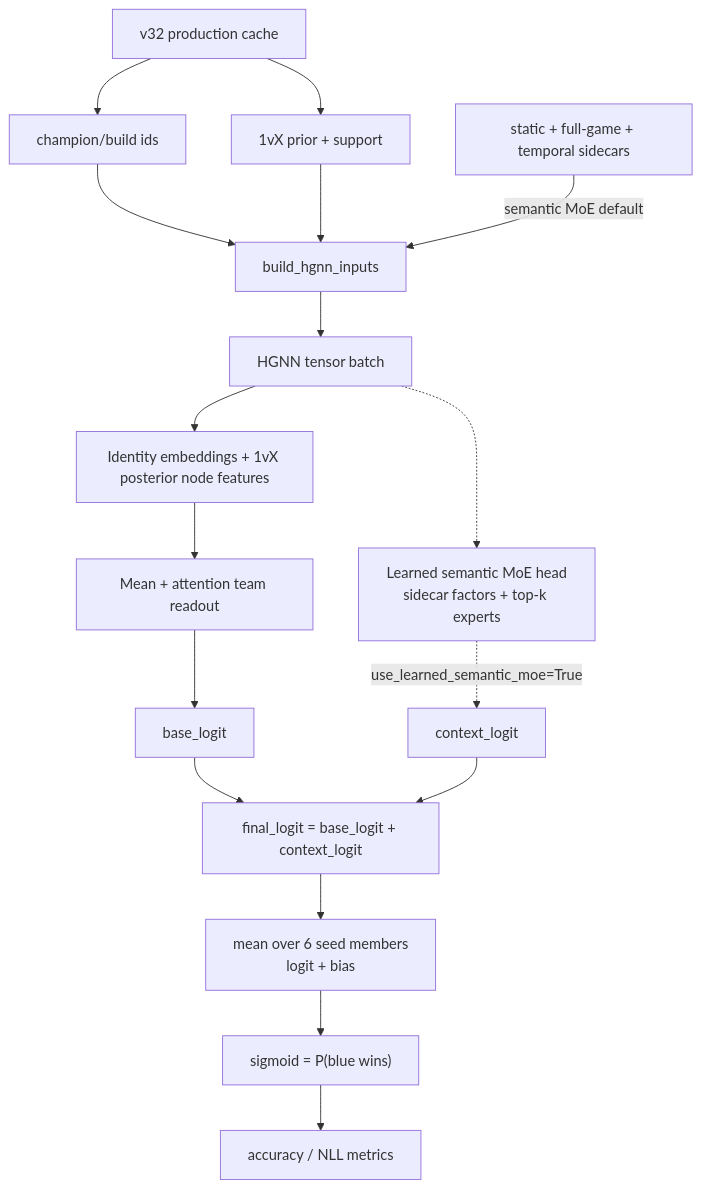
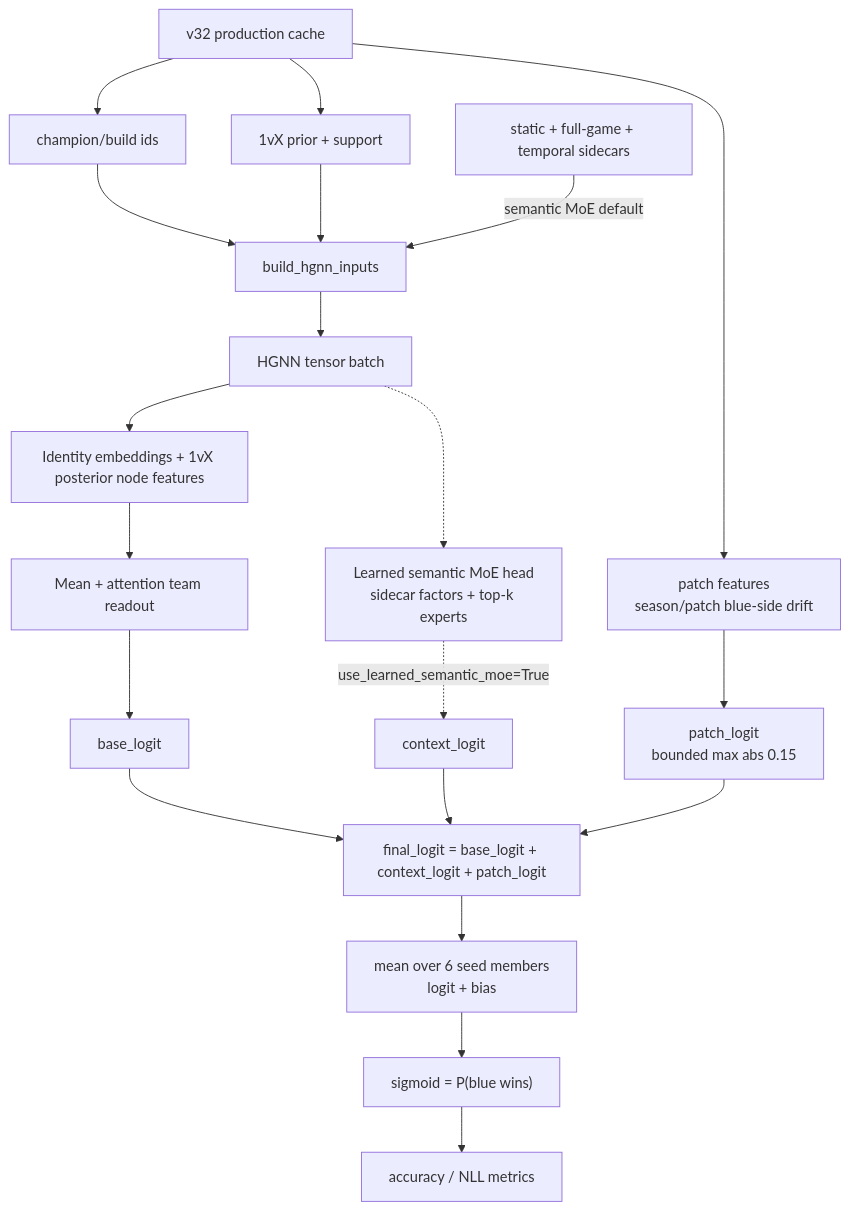
Before and after one commit to JackLGZimmerman/riot-api-ecosystem: the first of 2 diagrams in app/ml/documentation/HGNN_CURRENT.md, drawn with Mermaid. The commit also changed other lines of this file and 22 other files, not shown here.

````diff
--- a/app/ml/documentation/HGNN_CURRENT.md
+++ b/app/ml/documentation/HGNN_CURRENT.md
@@ -142,21 +152,24 @@
 ```mermaid
 flowchart TD
     cache["v32 production cache"] --> ids["champion/build ids"]
     cache --> prior["1vX prior + support"]
 
     ids --> hgnn_inputs["build_hgnn_inputs"]
     prior --> hgnn_inputs
     sidecars["static + full-game + temporal sidecars"] -->|semantic MoE default| hgnn_inputs
 
     hgnn_inputs --> tensor_batch["HGNN tensor batch"]
     tensor_batch --> nodes["Identity embeddings + 1vX posterior node features"]
     tensor_batch -.-> moe["Learned semantic MoE head<br/>sidecar factors + top-k experts"]
     nodes --> readout["Mean + attention team readout"]
     readout --> base["base_logit"]
     moe -.->|use_learned_semantic_moe=True| context_logit
-    base --> final["final_logit = base_logit + context_logit"]
+    cache --> patch["patch features<br/>season/patch blue-side drift"]
+    patch --> patch_logit["patch_logit<br/>bounded max abs 0.15"]
+    base --> final["final_logit = base_logit + context_logit + patch_logit"]
     context_logit --> final
+    patch_logit --> final
     final --> ensemble["mean over 6 seed members<br/>logit + bias"]
     ensemble --> prob["sigmoid = P(blue wins)"]
     prob --> metrics["accuracy / NLL metrics"]
 ```
````
